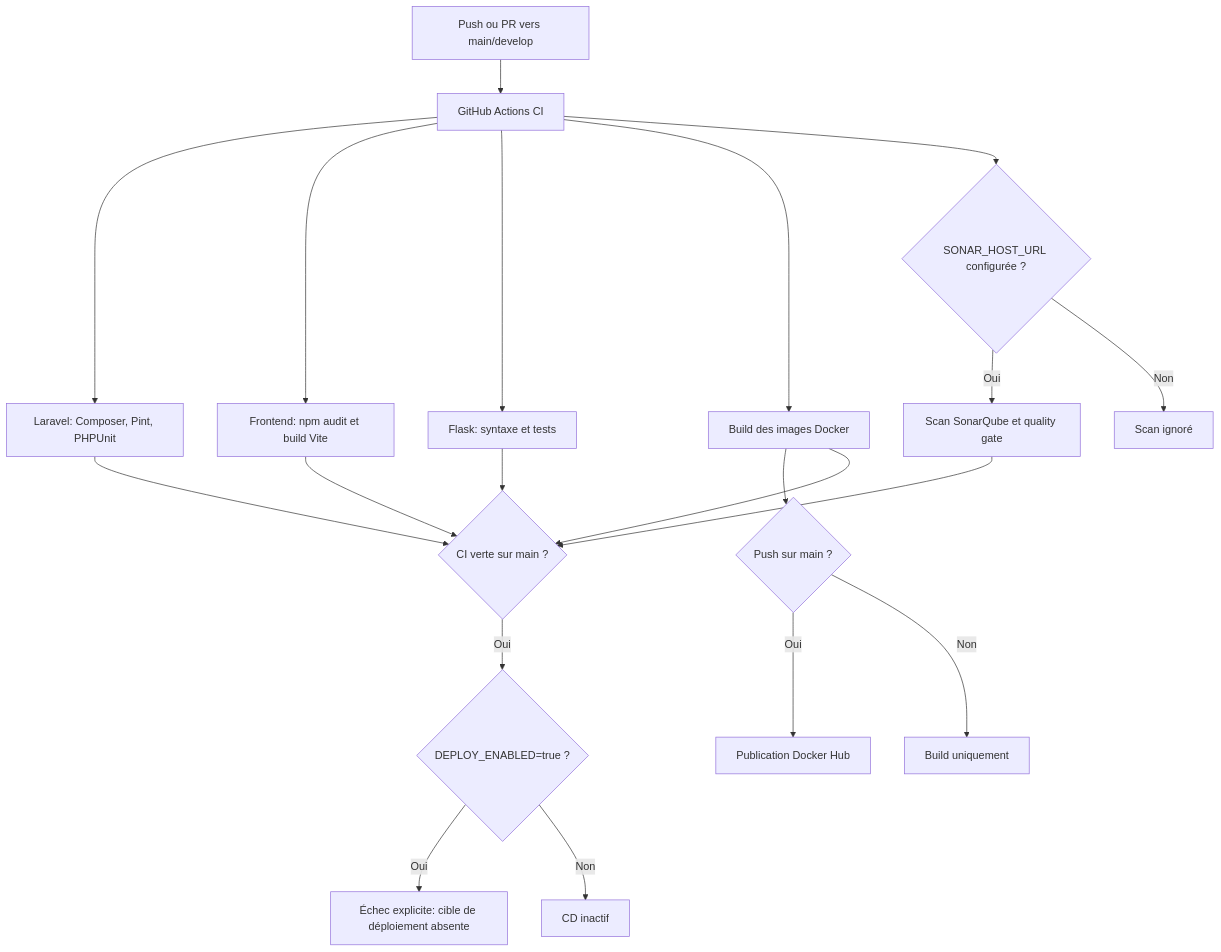
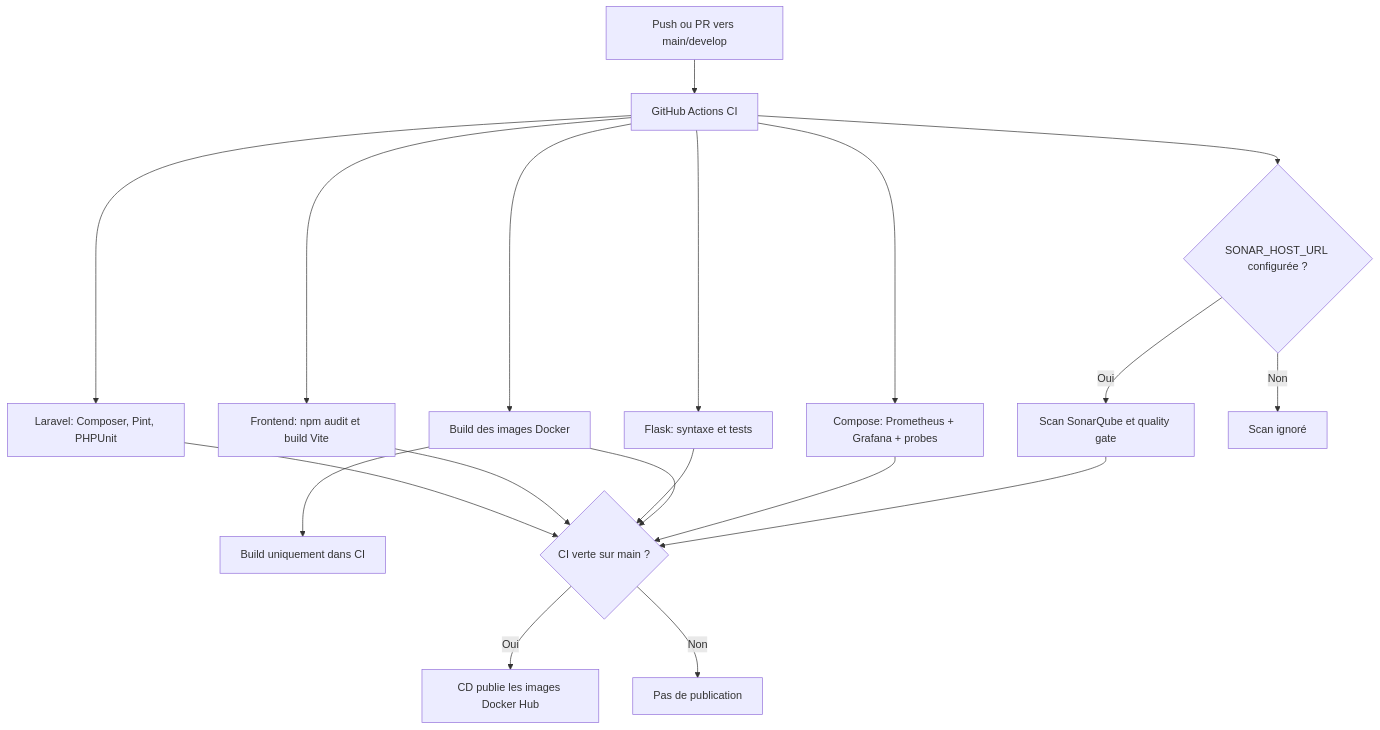
The diagram in docs/CI_CD.md (rayssen-draouil/-Esprit_5twin4_elmono), drawn with Mermaid before and after one commit. The commit also changed other lines of this file and 2 other files, not shown here.

````diff
--- a/docs/CI_CD.md
+++ b/docs/CI_CD.md
@@ -7,22 +7,21 @@
 ```mermaid
 flowchart TD
     A[Push ou PR vers main/develop] --> B[GitHub Actions CI]
     B --> C[Laravel: Composer, Pint, PHPUnit]
     B --> D[Frontend: npm audit et build Vite]
     B --> E[Flask: syntaxe et tests]
     B --> F[Build des images Docker]
-    F --> N{Push sur main ?}
-    N -->|Oui| O[Publication Docker Hub]
-    N -->|Non| P[Build uniquement]
+    B --> Q[Compose: Prometheus + Grafana + probes]
+    F --> P[Build uniquement dans CI]
     B --> G{SONAR_HOST_URL configurée ?}
     G -->|Oui| H[Scan SonarQube et quality gate]
     G -->|Non| I[Scan ignoré]
     C --> J{CI verte sur main ?}
     D --> J
     E --> J
     F --> J
+    Q --> J
     H --> J
-    J -->|Oui| K{DEPLOY_ENABLED=true ?}
-    K -->|Oui| L[Échec explicite: cible de déploiement absente]
-    K -->|Non| M[CD inactif]
+    J -->|Oui| O[CD publie les images Docker Hub]
+    J -->|Non| M[Pas de publication]
 ```
````
